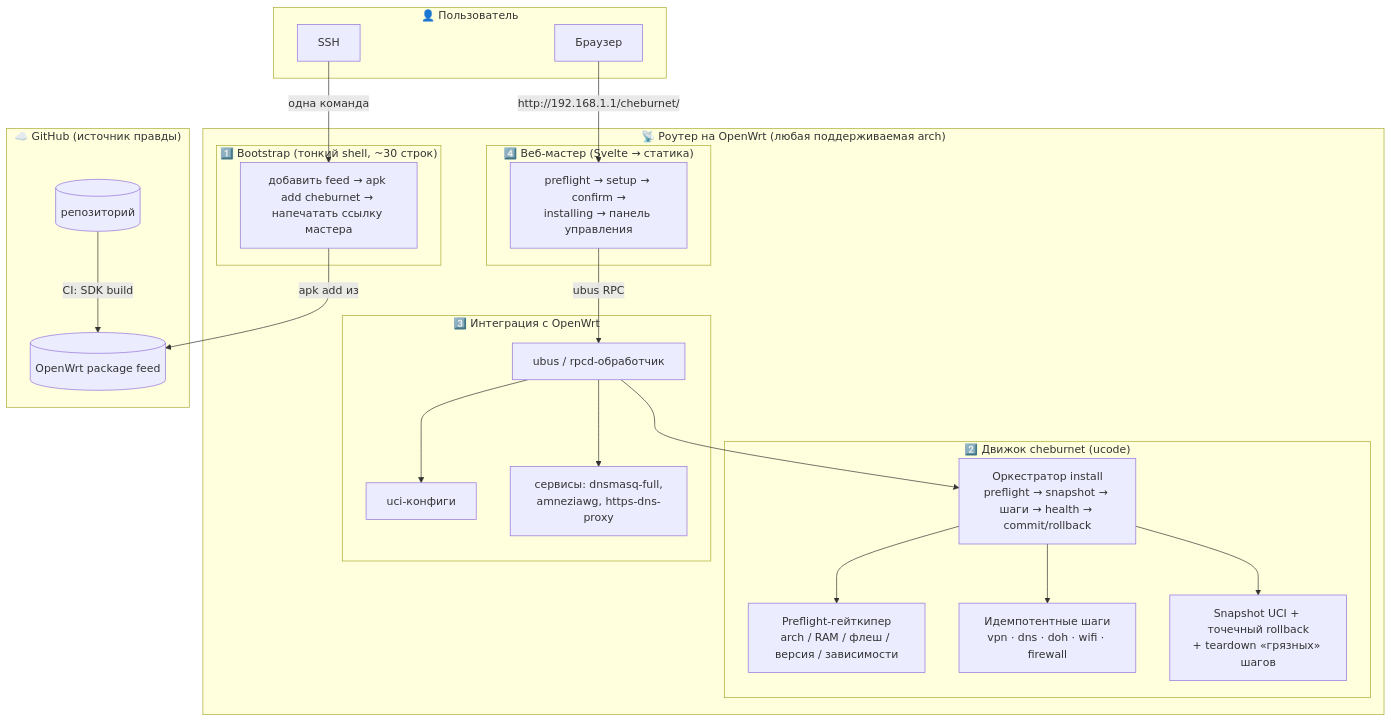
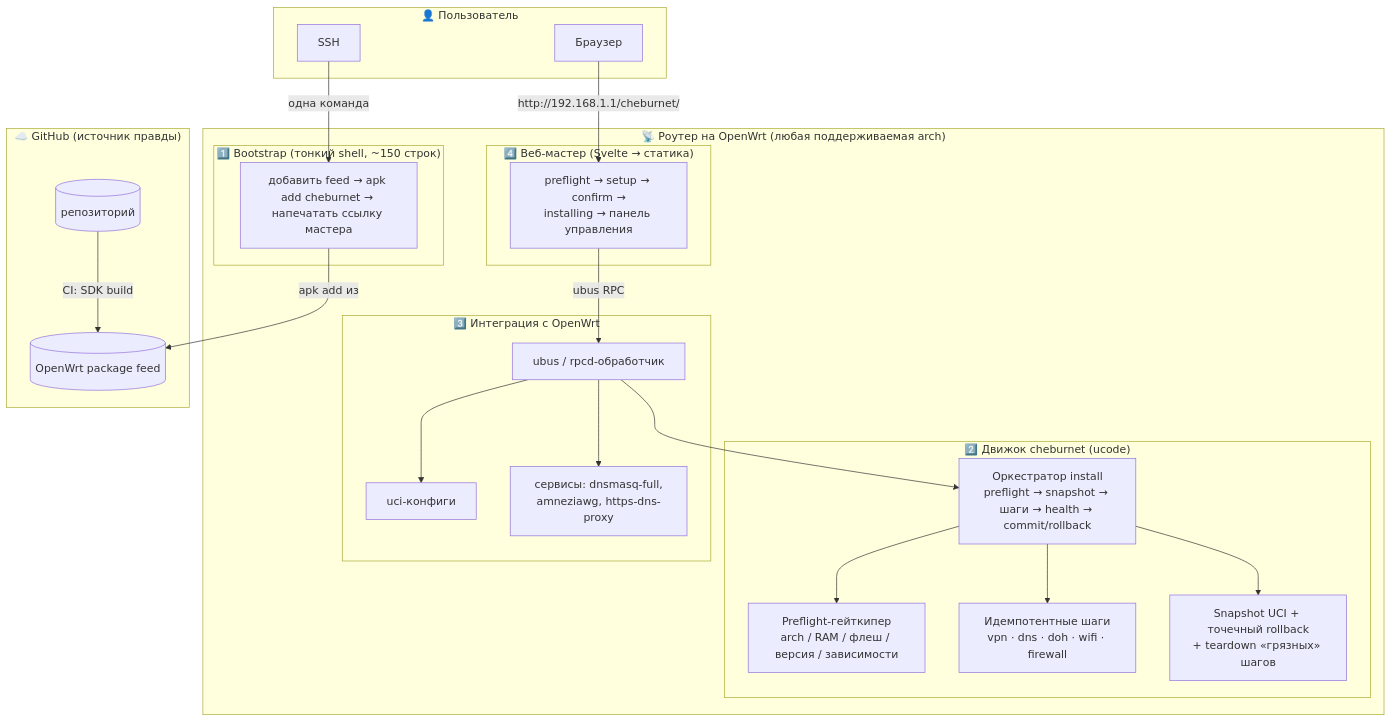
The first of 3 diagrams in docs/architecture.md (andreiyurik/cheburnet-router), drawn with Mermaid before and after one commit. The commit also changed other lines of this file and 9 other files, not shown here.

````diff
--- a/docs/architecture.md
+++ b/docs/architecture.md
@@ -45,44 +45,44 @@
 ```mermaid
 flowchart TB
     subgraph User["👤 Пользователь"]
         browser[Браузер]
         ssh[SSH]
     end
 
     subgraph Router["📡 Роутер на OpenWrt (любая поддерживаемая arch)"]
-        subgraph L1["1️⃣ Bootstrap (тонкий shell, ~30 строк)"]
+        subgraph L1["1️⃣ Bootstrap (тонкий shell, ~150 строк)"]
             boot[добавить feed → apk add cheburnet → напечатать ссылку мастера]
         end
 
         subgraph L2["2️⃣ Движок cheburnet (ucode)"]
             preflight[Preflight-гейткипер<br/>arch / RAM / флеш / версия / зависимости]
             steps[Идемпотентные шаги<br/>vpn · dns · doh · wifi · firewall]
             rollback[Snapshot UCI + точечный rollback<br/>+ teardown «грязных» шагов]
             install[Оркестратор install<br/>preflight → snapshot → шаги → health → commit/rollback]
         end
 
         subgraph L3["3️⃣ Интеграция с OpenWrt"]
             ubus[ubus / rpcd-обработчик]
             uci[uci-конфиги]
             services[сервисы: dnsmasq-full,<br/>amneziawg, https-dns-proxy]
         end
 
         subgraph L4["4️⃣ Веб-мастер (Svelte → статика)"]
             wizard[preflight → setup → confirm →<br/>installing → панель управления]
         end
     end
 
     subgraph CI["☁️ GitHub (источник правды)"]
         repo[(репозиторий)]
         feed[(OpenWrt package feed)]
     end
 
     ssh -->|одна команда| boot
     boot -->|apk add из| feed
     install --> preflight & steps & rollback
     ubus --> install
     ubus --> uci & services
     browser -->|http://192.168.1.1/cheburnet/| wizard
     wizard -->|ubus RPC| ubus
     repo -->|CI: SDK build| feed
 ```
````
